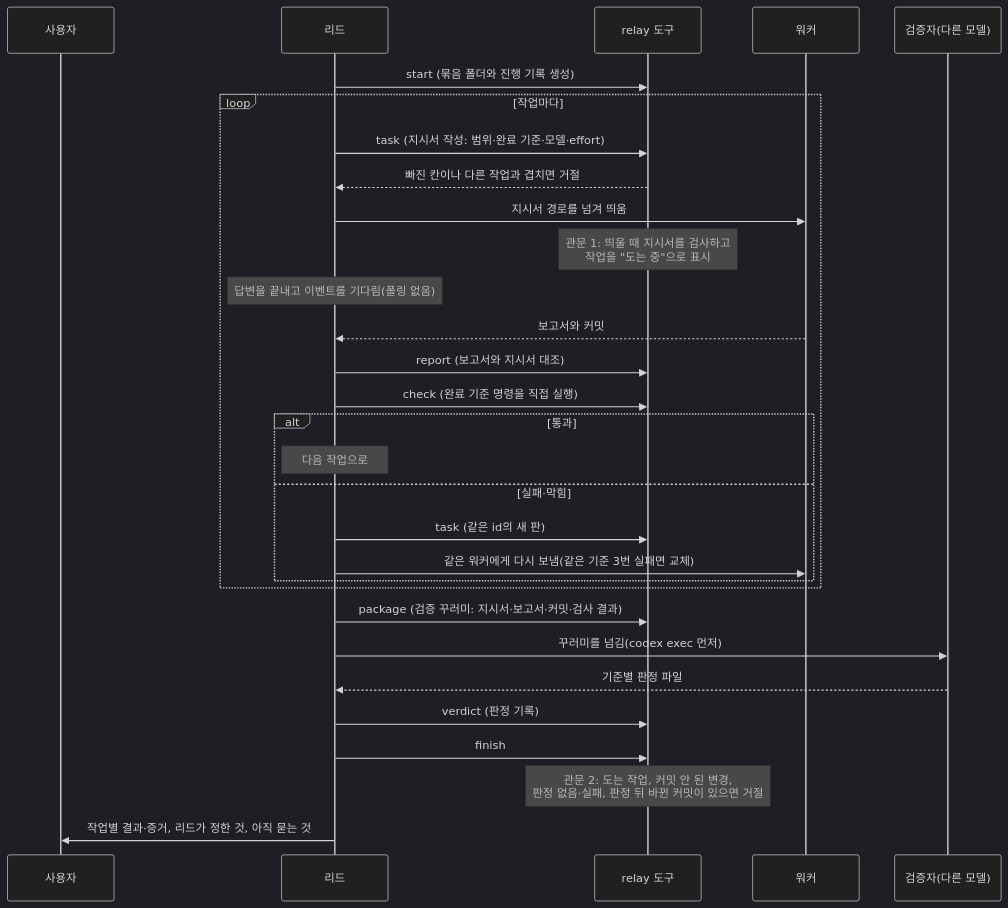
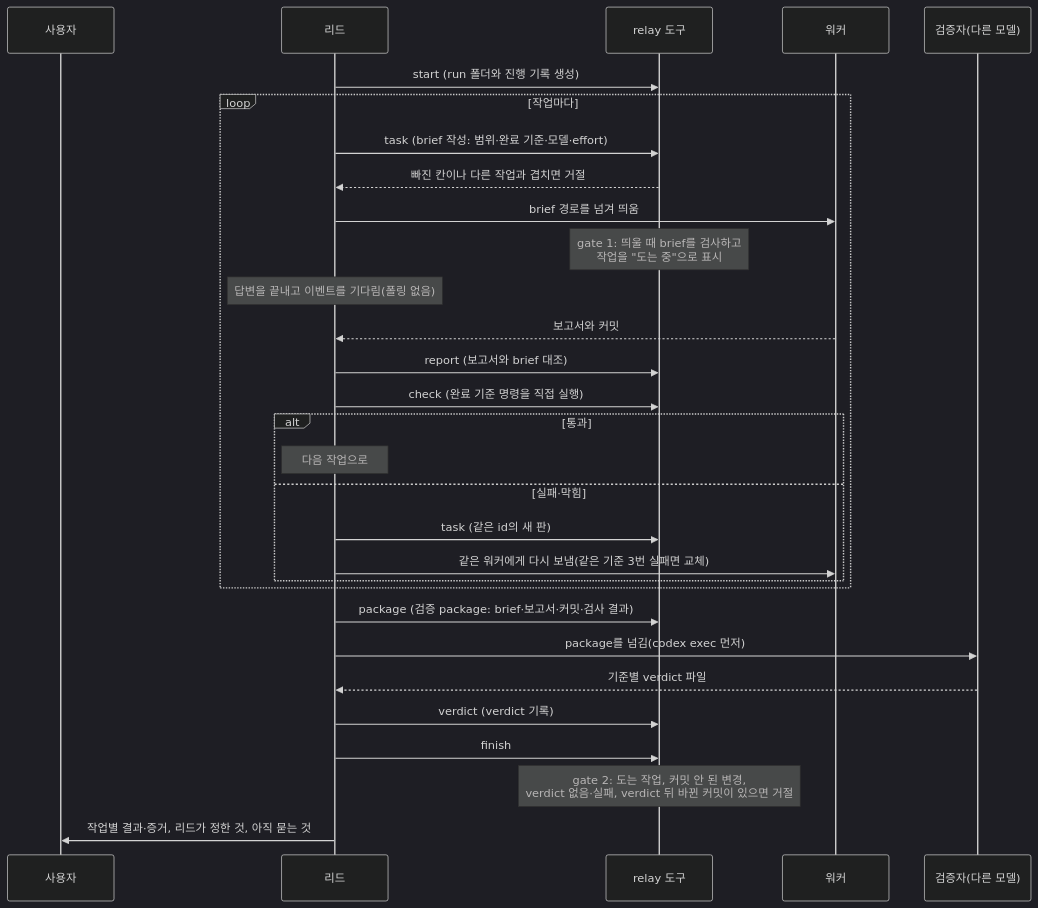
The second of 3 diagrams in docs/relay.md (Circlewee/hubblerc), drawn with Mermaid (dark theme) before and after one commit. The commit also changed other lines of this file and 1 other file, not shown here.

First line of the commit message:
Docs: the spec's relay sections and relay.md use the screen's words — run, brief, revision, verdict, package, gate, trailer

````diff
--- a/docs/relay.md
+++ b/docs/relay.md
@@ -21,33 +21,33 @@
 ```mermaid
 sequenceDiagram
     participant U as 사용자
     participant L as 리드
     participant T as relay 도구
     participant W as 워커
     participant V as 검증자(다른 모델)
 
-    L->>T: start (묶음 폴더와 진행 기록 생성)
+    L->>T: start (run 폴더와 진행 기록 생성)
     loop 작업마다
-        L->>T: task (지시서 작성: 범위·완료 기준·모델·effort)
+        L->>T: task (brief 작성: 범위·완료 기준·모델·effort)
         T-->>L: 빠진 칸이나 다른 작업과 겹치면 거절
-        L->>W: 지시서 경로를 넘겨 띄움
-        Note over T: 관문 1: 띄울 때 지시서를 검사하고<br/>작업을 "도는 중"으로 표시
+        L->>W: brief 경로를 넘겨 띄움
+        Note over T: gate 1: 띄울 때 brief를 검사하고<br/>작업을 "도는 중"으로 표시
         Note over L: 답변을 끝내고 이벤트를 기다림(폴링 없음)
         W-->>L: 보고서와 커밋
-        L->>T: report (보고서와 지시서 대조)
+        L->>T: report (보고서와 brief 대조)
         L->>T: check (완료 기준 명령을 직접 실행)
         alt 통과
             Note over L: 다음 작업으로
         else 실패·막힘
             L->>T: task (같은 id의 새 판)
             L->>W: 같은 워커에게 다시 보냄(같은 기준 3번 실패면 교체)
         end
     end
-    L->>T: package (검증 꾸러미: 지시서·보고서·커밋·검사 결과)
-    L->>V: 꾸러미를 넘김(codex exec 먼저)
-    V-->>L: 기준별 판정 파일
-    L->>T: verdict (판정 기록)
+    L->>T: package (검증 package: brief·보고서·커밋·검사 결과)
+    L->>V: package를 넘김(codex exec 먼저)
+    V-->>L: 기준별 verdict 파일
+    L->>T: verdict (verdict 기록)
     L->>T: finish
-    Note over T: 관문 2: 도는 작업, 커밋 안 된 변경,<br/>판정 없음·실패, 판정 뒤 바뀐 커밋이 있으면 거절
+    Note over T: gate 2: 도는 작업, 커밋 안 된 변경,<br/>verdict 없음·실패, verdict 뒤 바뀐 커밋이 있으면 거절
     L->>U: 작업별 결과·증거, 리드가 정한 것, 아직 묻는 것
 ```
````
